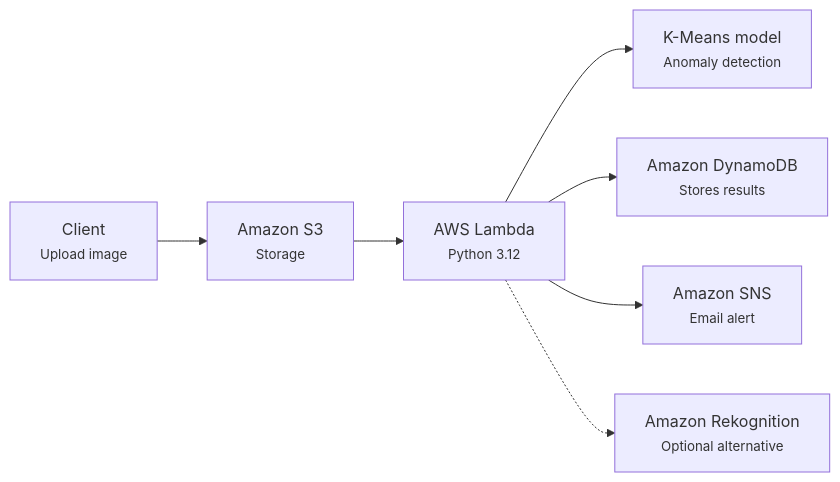
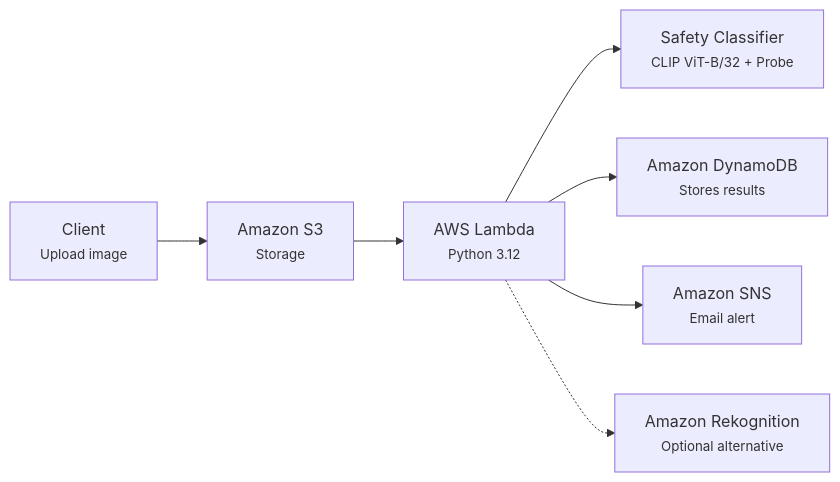
Before and after one commit to souhaibmk22/aws-serverless-image-analysis: the diagram in README.md, drawn with Mermaid. The commit also changed other lines of this file and 1 other file, not shown here.

Commit message:
docs: align README and architecture diagram with supervised CLIP safety classifier

````diff
--- a/README.md
+++ b/README.md
@@ -19,10 +19,10 @@
 ```mermaid
 flowchart LR
     Client["Client<br/><small>Upload image</small>"] --> S3["Amazon S3<br/><small>Storage</small>"]
     S3 --> Lambda["AWS Lambda<br/><small>Python 3.12</small>"]
     
-    Lambda --> KMeans["K-Means model<br/><small>Anomaly detection</small>"]
+    Lambda --> Classifier["Safety Classifier<br/><small>CLIP ViT-B/32 + Probe</small>"]
     Lambda --> Dynamo["Amazon DynamoDB<br/><small>Stores results</small>"]
     Lambda --> SNS["Amazon SNS<br/><small>Email alert</small>"]
     Lambda -.-> Rekog["Amazon Rekognition<br/><small>Optional alternative</small>"]
 ```
````
